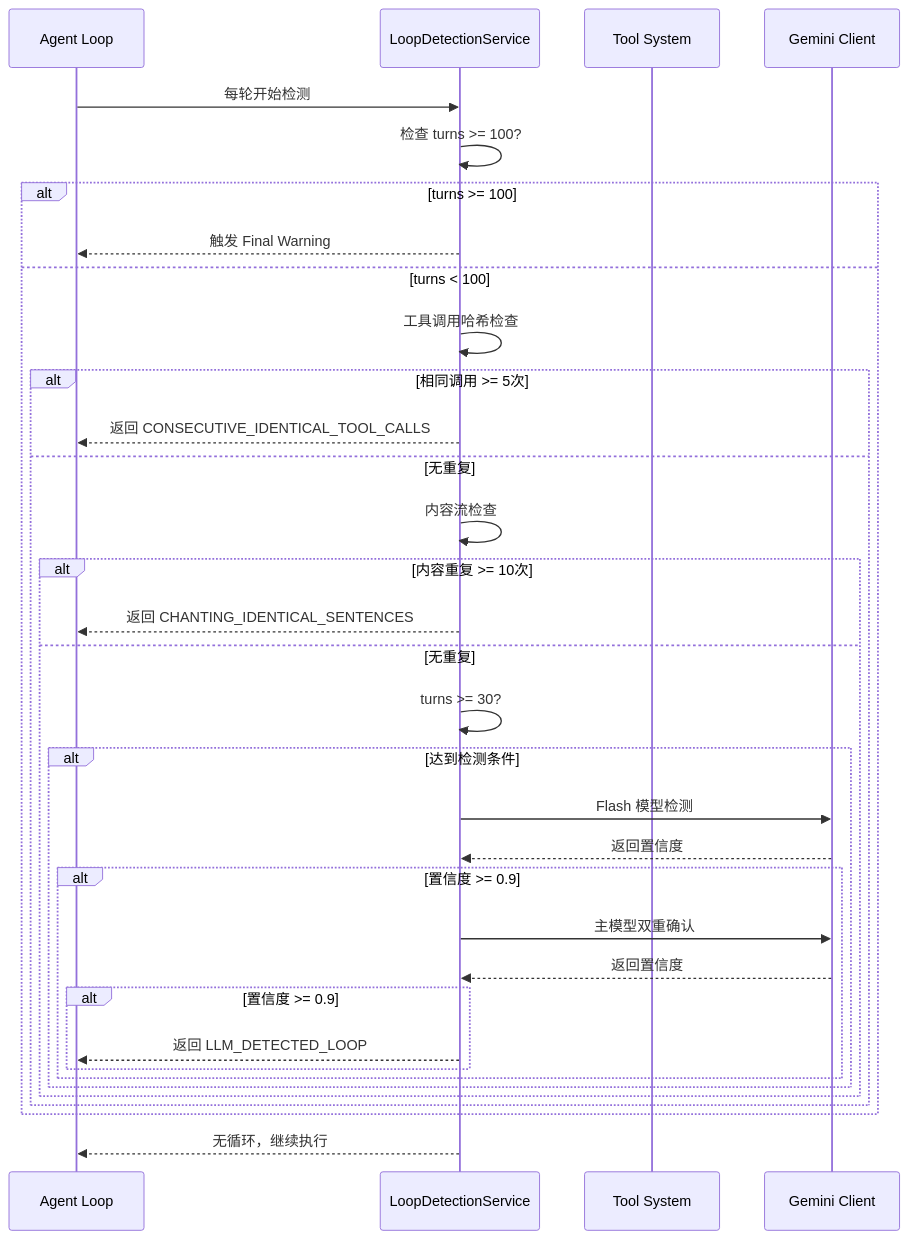
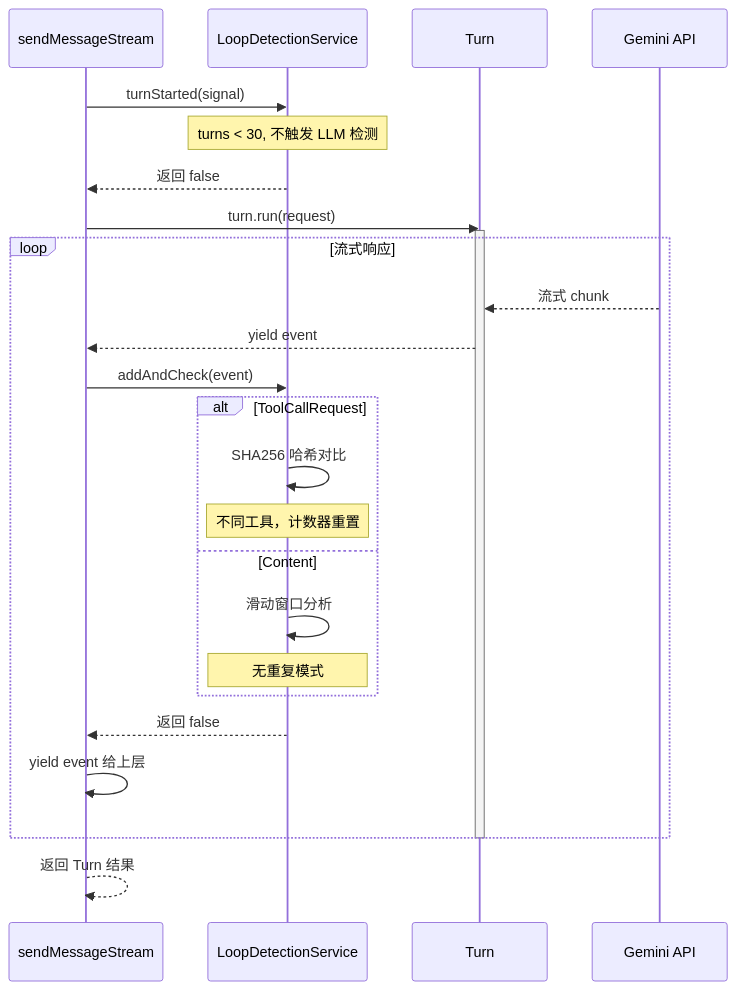
The ninth of 11 diagrams in docs/gemini-cli/questions/gemini-cli-infinite-loop-prevention.md (giraffe-tree/agent-base), drawn with Mermaid before and after one commit. The commit also changed other lines of this file and 39 other files, not shown here.

````diff
--- a/docs/gemini-cli/questions/gemini-cli-infinite-loop-prevention.md
+++ b/docs/gemini-cli/questions/gemini-cli-infinite-loop-prevention.md
@@ -176,37 +462,34 @@
 ```mermaid
 sequenceDiagram
-    participant A as Agent Loop
+    participant A as sendMessageStream
     participant B as LoopDetectionService
-    participant C as Tool System
-    participant D as Gemini Client
+    participant C as Turn
+    participant D as Gemini API
 
-    A->>B: 每轮开始检测
-    B->>B: 检查 turns >= 100?
-    alt turns >= 100
-        B-->>A: 触发 Final Warning
-    else turns < 100
-        B->>B: 工具调用哈希检查
-        alt 相同调用 >= 5次
-            B-->>A: 返回 CONSECUTIVE_IDENTICAL_TOOL_CALLS
-        else 无重复
-            B->>B: 内容流检查
-            alt 内容重复 >= 10次
-                B-->>A: 返回 CHANTING_IDENTICAL_SENTENCES
-            else 无重复
-                B->>B: turns >= 30?
-                alt 达到检测条件
-                    B->>D: Flash 模型检测
-                    D-->>B: 返回置信度
-                    alt 置信度 >= 0.9
-                        B->>D: 主模型双重确认
-                        D-->>B: 返回置信度
-                        alt 置信度 >= 0.9
-                            B-->>A: 返回 LLM_DETECTED_LOOP
-                        end
-                    end
-                end
-            end
+    A->>B: turnStarted(signal)
+    Note over B: turns < 30, 不触发 LLM 检测
+    B-->>A: 返回 false
+
+    A->>C: turn.run(request)
+    activate C
+
+    loop 流式响应
+        D-->>C: 流式 chunk
+        C-->>A: yield event
+        A->>B: addAndCheck(event)
+
+        alt ToolCallRequest
+            B->>B: SHA256 哈希对比
+            Note over B: 不同工具，计数器重置
+        else Content
+            B->>B: 滑动窗口分析
+            Note over B: 无重复模式
         end
+
+        B-->>A: 返回 false
+        A->>A: yield event 给上层
     end
-    B-->>A: 无循环，继续执行
+
+    deactivate C
+    A-->>A: 返回 Turn 结果
 ```
````
